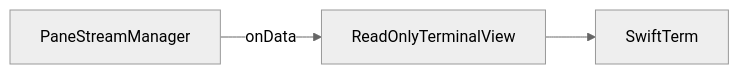
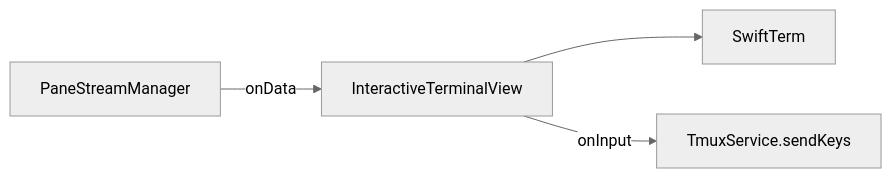
The fifth of 12 diagrams in docs/streaming-architecture.md (gpambrozio/Gallager), drawn with Mermaid (neutral theme) before and after one commit. The commit also changed other lines of this file and 2 other files, not shown here.

First paragraph of the commit message:
Add interactive keyboard input to macOS terminal mirrors (#68)
* Add interactive keyboard input to macOS terminal mirrors

````diff
--- a/docs/streaming-architecture.md
+++ b/docs/streaming-architecture.md
@@ -121,5 +121,6 @@
 ```mermaid
 flowchart LR
-    PSM[PaneStreamManager] -->|onData| ROTV[ReadOnlyTerminalView]
-    ROTV --> ST[SwiftTerm]
+    PSM[PaneStreamManager] -->|onData| ITV[InteractiveTerminalView]
+    ITV --> ST[SwiftTerm]
+    ITV -->|onInput| TS[TmuxService.sendKeys]
 ```
````
